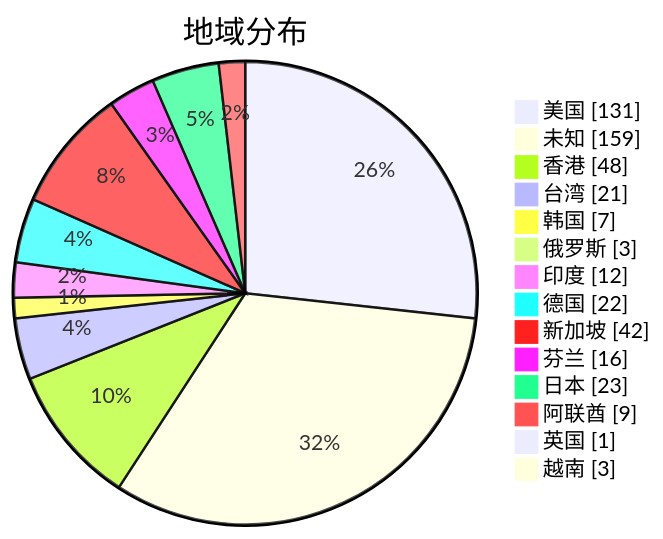
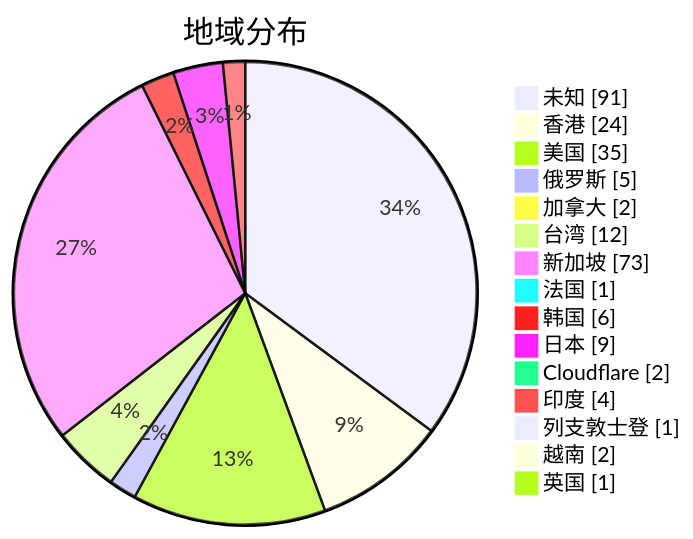
The second of 3 diagrams in subs/statistics/tested_within.md (sinspired/airport), drawn with Mermaid before and after one commit. The commit also changed other lines of this file and 2 other files, not shown here.

````diff
--- a/subs/statistics/tested_within.md
+++ b/subs/statistics/tested_within.md
@@ -18,18 +15,19 @@
 ```mermaid
 pie showData
 title 地域分布
-"美国" : 131
-"未知" : 159
-"香港" : 48
-"台湾" : 21
-"韩国" : 7
-"俄罗斯" : 3
-"印度" : 12
-"德国" : 22
-"新加坡" : 42
-"芬兰" : 16
-"日本" : 23
-"阿联酋" : 9
+"未知" : 91
+"香港" : 24
+"美国" : 35
+"俄罗斯" : 5
+"加拿大" : 2
+"台湾" : 12
+"新加坡" : 73
+"法国" : 1
+"韩国" : 6
+"日本" : 9
+"Cloudflare" : 2
+"印度" : 4
+"列支敦士登" : 1
+"越南" : 2
 "英国" : 1
-"越南" : 3
 ```
````
